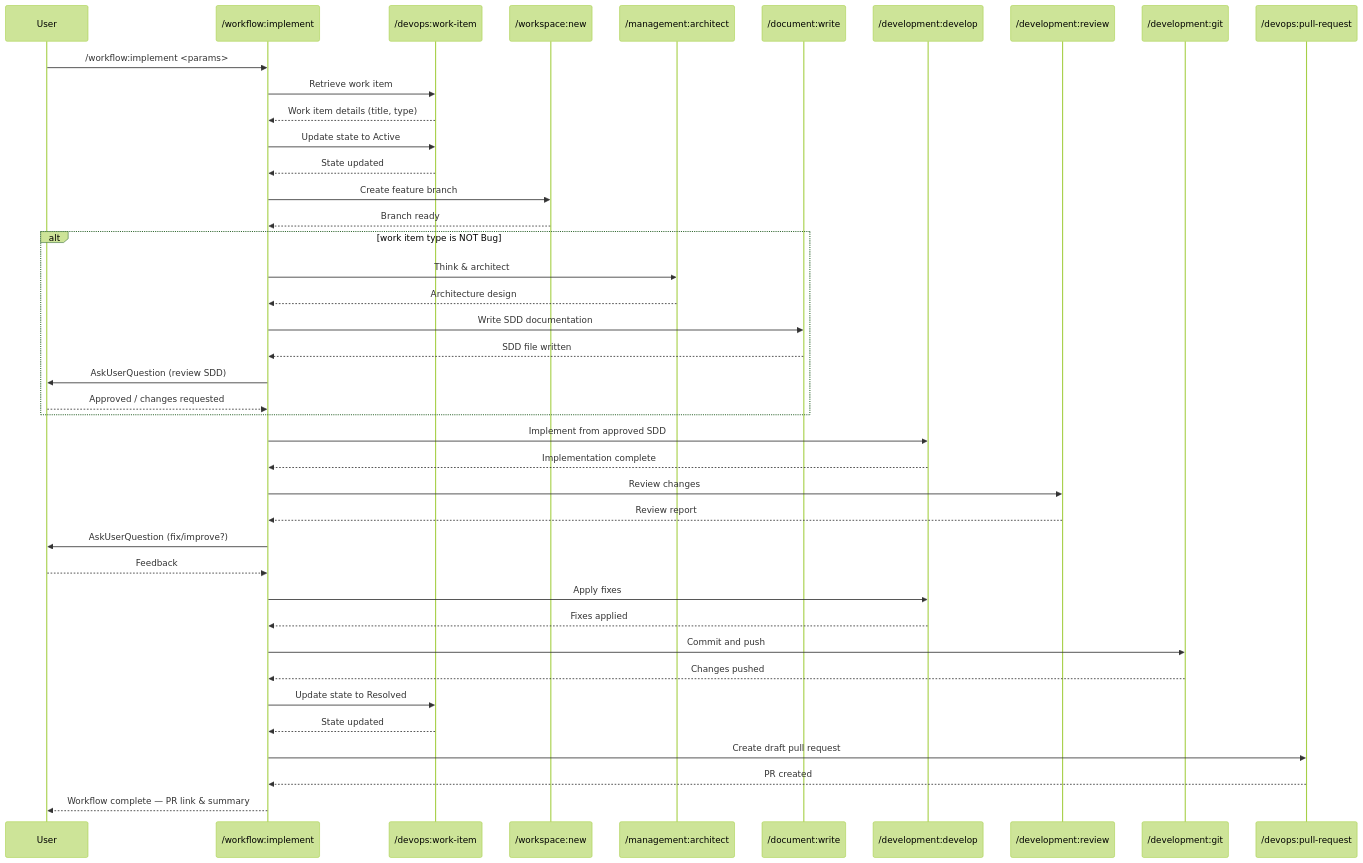
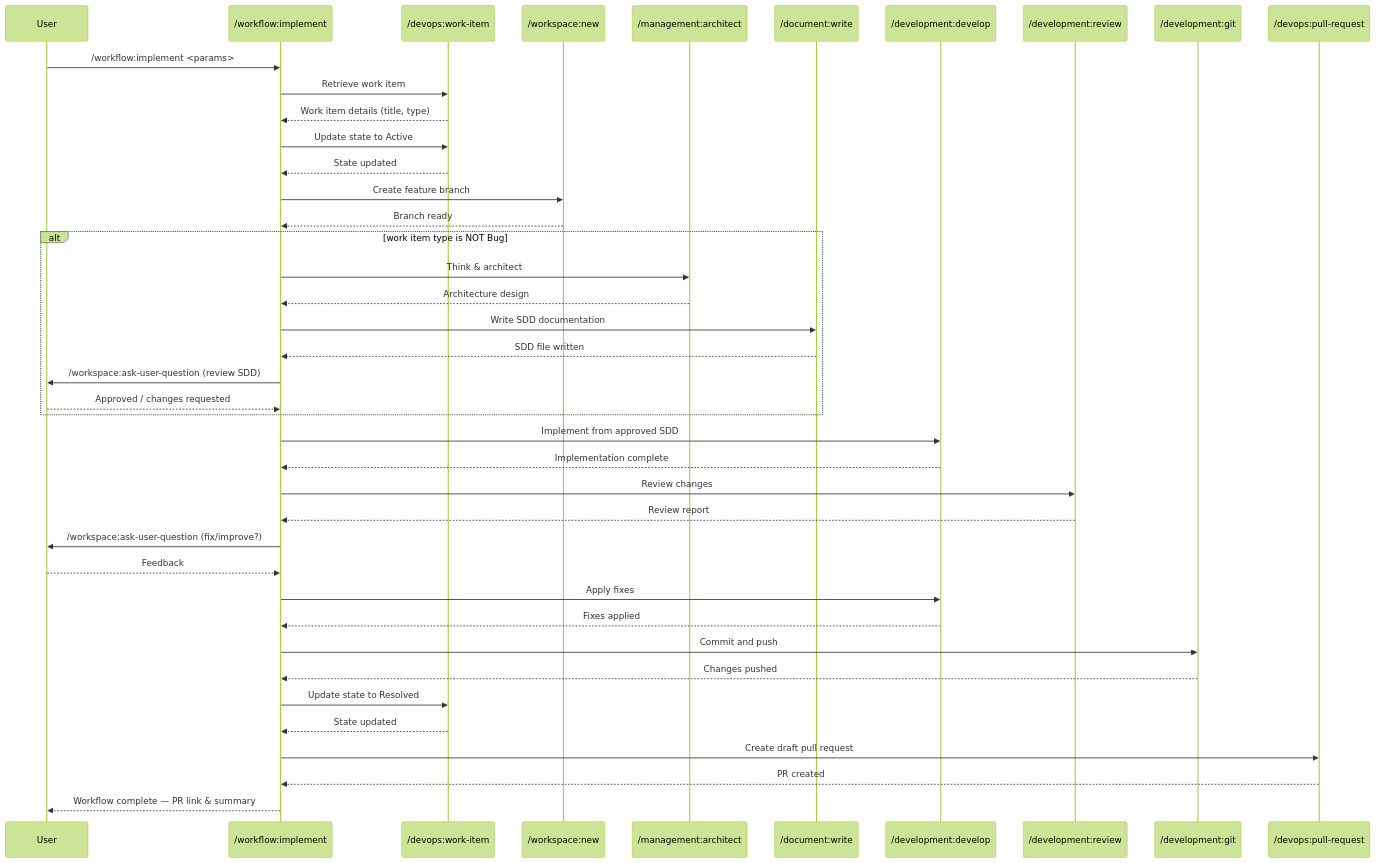
Before and after one commit to zzaia/zzaia-agentic-workspace: the diagram in .claude/commands/workflow/implement.md, drawn with Mermaid (forest theme). The commit also changed other lines of this file and 6 other files, not shown here.

Commit message:
Change the use of AskUserQuestion to new command;

````diff
--- a/.claude/commands/workflow/implement.md
+++ b/.claude/commands/workflow/implement.md
@@ -112,54 +112,54 @@
 ```mermaid
 sequenceDiagram
     participant U as User
     participant P as /workflow:implement
     participant WI as /devops:work-item
     participant WN as /workspace:new
     participant MA as /management:architect
     participant DW as /document:write
     participant DD as /development:develop
     participant DR as /development:review
     participant DG as /development:git
     participant PR as /devops:pull-request
 
     U->>P: /workflow:implement <params>
 
     P->>WI: Retrieve work item
     WI-->>P: Work item details (title, type)
     P->>WI: Update state to Active
     WI-->>P: State updated
 
     P->>WN: Create feature branch
     WN-->>P: Branch ready
 
     alt work item type is NOT Bug
         P->>MA: Think & architect
         MA-->>P: Architecture design
 
         P->>DW: Write SDD documentation
         DW-->>P: SDD file written
 
-        P->>U: AskUserQuestion (review SDD)
+        P->>U: /workspace:ask-user-question (review SDD)
         U-->>P: Approved / changes requested
     end
 
     P->>DD: Implement from approved SDD
     DD-->>P: Implementation complete
 
     P->>DR: Review changes
     DR-->>P: Review report
-    P->>U: AskUserQuestion (fix/improve?)
+    P->>U: /workspace:ask-user-question (fix/improve?)
     U-->>P: Feedback
     P->>DD: Apply fixes
     DD-->>P: Fixes applied
 
     P->>DG: Commit and push
     DG-->>P: Changes pushed
     P->>WI: Update state to Resolved
     WI-->>P: State updated
 
     P->>PR: Create draft pull request
     PR-->>P: PR created
 
     P-->>U: Workflow complete — PR link & summary
 ```
````
